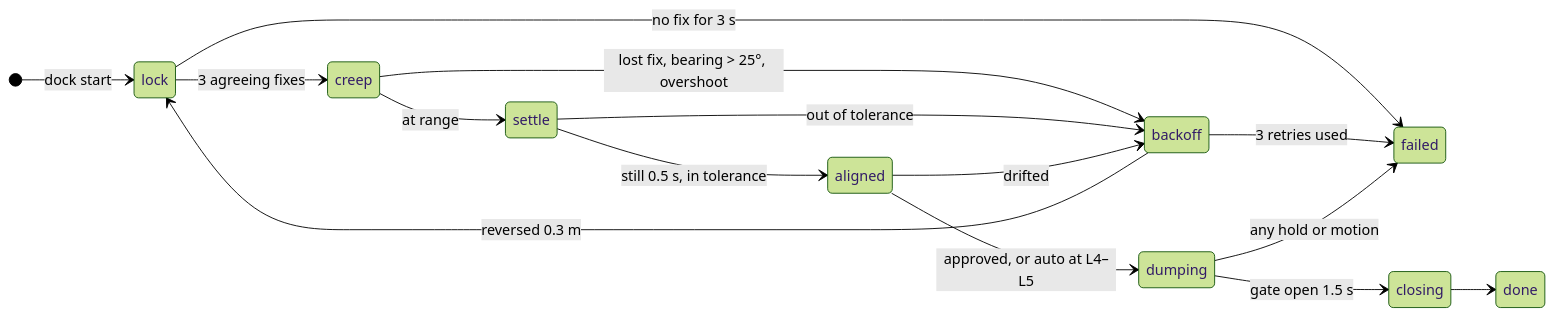
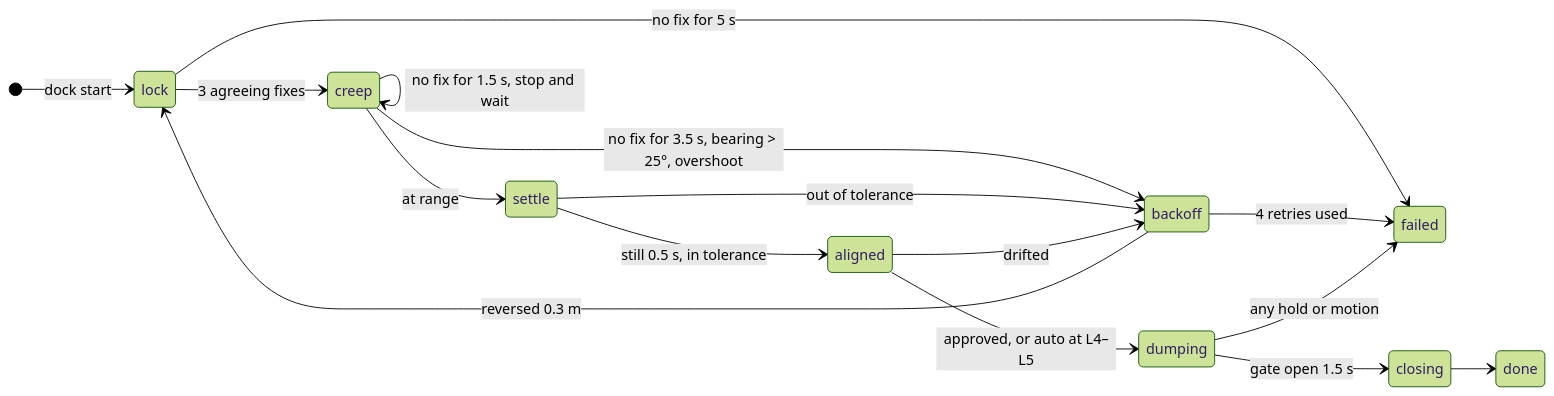
The diagram in docs/autonomy/DOCK.md (Super-Yojan/Terra), drawn with Mermaid (forest theme) before and after one commit. The commit also changed other lines of this file and 2 other files, not shown here.

First line of the commit message:
Loosen dock line-up tolerances and wait out short fix gaps

````diff
--- a/docs/autonomy/DOCK.md
+++ b/docs/autonomy/DOCK.md
@@ -10,18 +10,19 @@
 ```mermaid
 stateDiagram-v2
     direction LR
     [*] --> lock: dock start
     lock --> creep: 3 agreeing fixes
-    lock --> failed: no fix for 3 s
+    lock --> failed: no fix for 5 s
     creep --> settle: at range
-    creep --> backoff: lost fix, bearing > 25°, overshoot
+    creep --> creep: no fix for 1.5 s, stop and wait
+    creep --> backoff: no fix for 3.5 s, bearing > 25°, overshoot
     backoff --> lock: reversed 0.3 m
-    backoff --> failed: 3 retries used
+    backoff --> failed: 4 retries used
     settle --> aligned: still 0.5 s, in tolerance
     settle --> backoff: out of tolerance
     aligned --> dumping: approved, or auto at L4–L5
     aligned --> backoff: drifted
     dumping --> closing: gate open 1.5 s
     closing --> done
     dumping --> failed: any hold or motion
 ```
````
